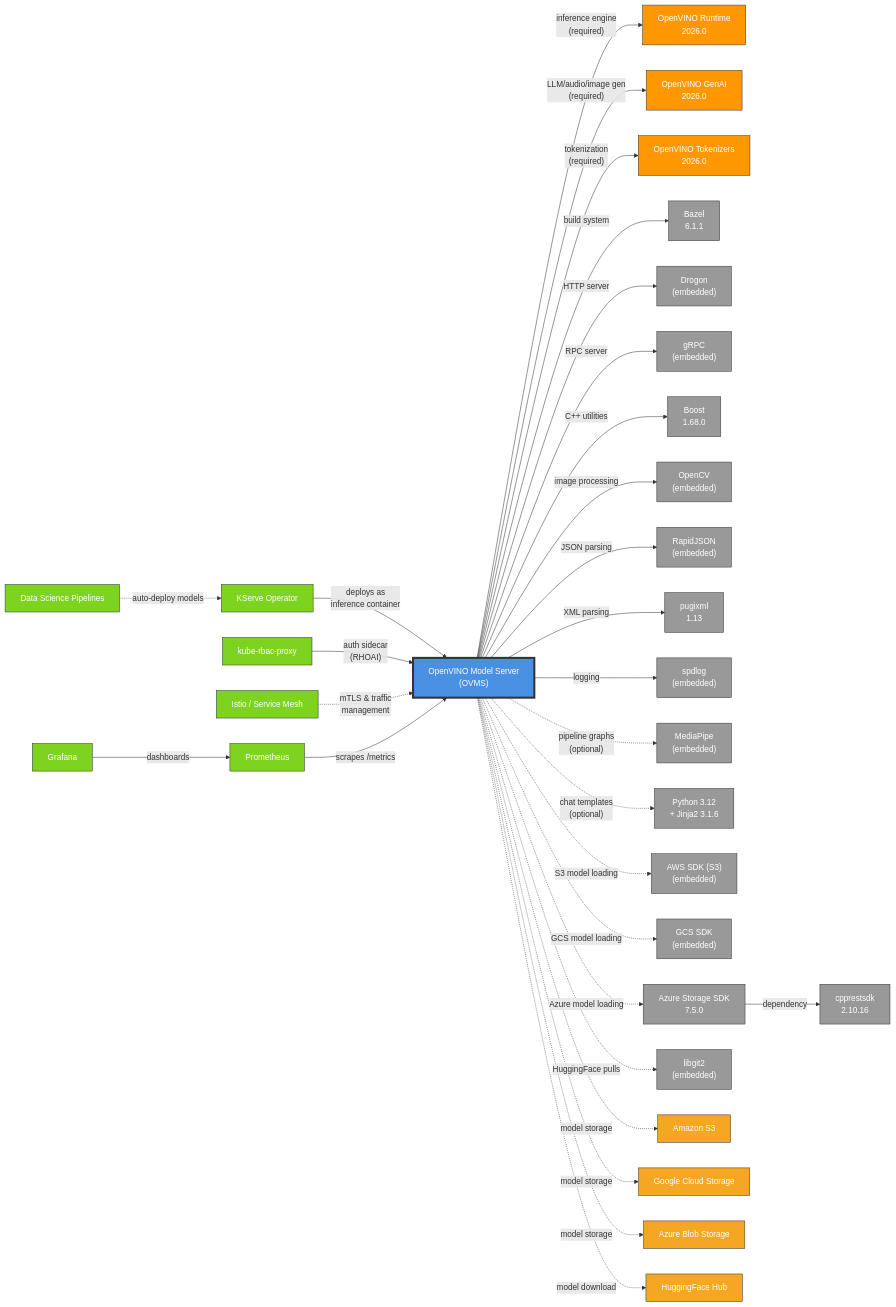
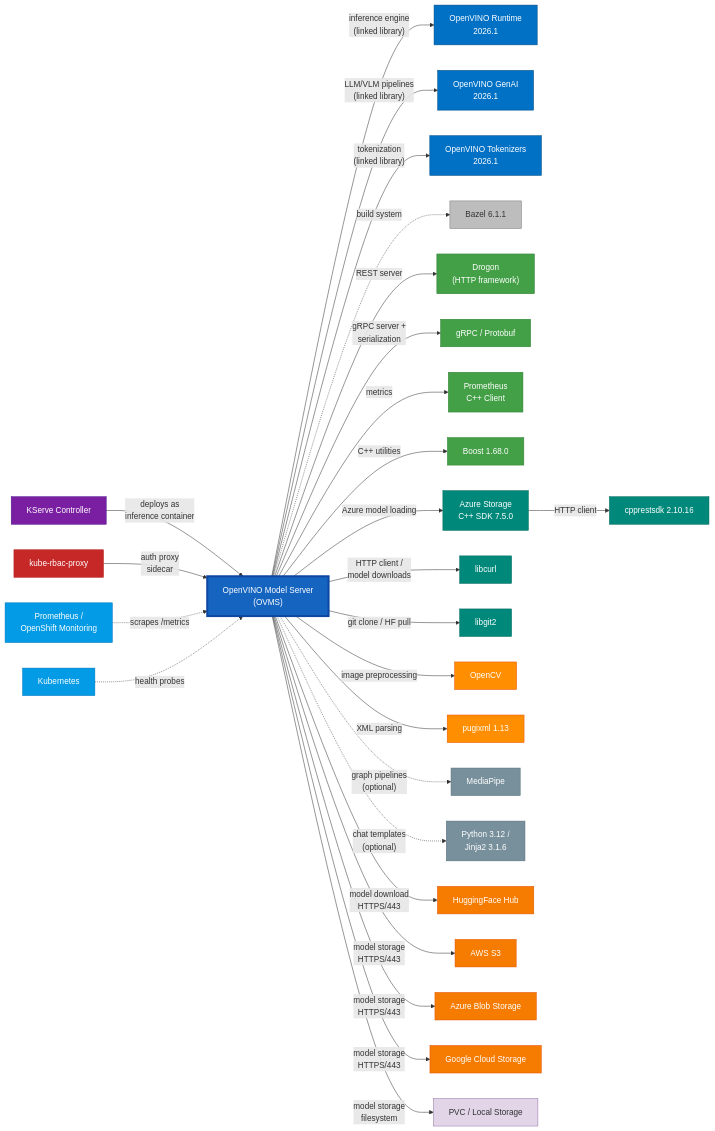
The diagram in architecture/rhoai.next/diagrams/openvino_model_server-dependencies.mmd (rhuss/architecture-context), drawn with Mermaid before and after one commit. The commit also changed 1834 other files, not shown here.

Commit message:
regenerate architecture for rhoai.next and rhoai-3.4 (#20)

```diff
--- a/architecture/rhoai.next/diagrams/openvino_model_server-dependencies.mmd
+++ b/architecture/rhoai.next/diagrams/openvino_model_server-dependencies.mmd
@@ -1,85 +1,111 @@
 graph LR
     OVMS["OpenVINO Model Server<br/>(OVMS)"]
 
-    %% Core Runtime Dependencies (Required)
-    OVMS -->|"inference engine<br/>(required)"| OpenVINORT["OpenVINO Runtime<br/>2026.0"]
-    OVMS -->|"LLM/audio/image gen<br/>(required)"| OpenVINOGenAI["OpenVINO GenAI<br/>2026.0"]
-    OVMS -->|"tokenization<br/>(required)"| OpenVINOTokenizers["OpenVINO Tokenizers<br/>2026.0"]
+    %% ═══════════════════════════════════════════
+    %% Runtime Libraries (linked, critical)
+    %% ═══════════════════════════════════════════
+    OVMS -->|"inference engine<br/>(linked library)"| OVRuntime["OpenVINO Runtime<br/>2026.1"]
+    OVMS -->|"LLM/VLM pipelines<br/>(linked library)"| OVGenAI["OpenVINO GenAI<br/>2026.1"]
+    OVMS -->|"tokenization<br/>(linked library)"| OVTokenizers["OpenVINO Tokenizers<br/>2026.1"]
 
+    %% ═══════════════════════════════════════════
     %% Build Dependencies
-    OVMS -->|"build system"| Bazel["Bazel<br/>6.1.1"]
+    %% ═══════════════════════════════════════════
+    OVMS -.->|"build system"| Bazel["Bazel 6.1.1"]
 
-    %% Server Framework Dependencies (Required)
-    OVMS -->|"HTTP server"| Drogon["Drogon<br/>(embedded)"]
-    OVMS -->|"RPC server"| GRPC["gRPC<br/>(embedded)"]
-    OVMS -->|"C++ utilities"| Boost["Boost<br/>1.68.0"]
-    OVMS -->|"image processing"| OpenCV["OpenCV<br/>(embedded)"]
-    OVMS -->|"JSON parsing"| RapidJSON["RapidJSON<br/>(embedded)"]
-    OVMS -->|"XML parsing"| pugixml["pugixml<br/>1.13"]
-    OVMS -->|"logging"| spdlog["spdlog<br/>(embedded)"]
+    %% ═══════════════════════════════════════════
+    %% Server Framework Dependencies
+    %% ═══════════════════════════════════════════
+    OVMS -->|"REST server"| Drogon["Drogon<br/>(HTTP framework)"]
+    OVMS -->|"gRPC server +<br/>serialization"| GRPC["gRPC / Protobuf"]
+    OVMS -->|"metrics"| PromClient["Prometheus<br/>C++ Client"]
+    OVMS -->|"C++ utilities"| Boost["Boost 1.68.0"]
 
+    %% ═══════════════════════════════════════════
+    %% Storage / Network Client Dependencies
+    %% ═══════════════════════════════════════════
+    OVMS -->|"Azure model loading"| AzureSDK["Azure Storage<br/>C++ SDK 7.5.0"]
+    AzureSDK -->|"HTTP client"| CPPRest["cpprestsdk 2.10.16"]
+    OVMS -->|"HTTP client /<br/>model downloads"| Libcurl["libcurl"]
+    OVMS -->|"git clone / HF pull"| Libgit2["libgit2"]
+
+    %% ═══════════════════════════════════════════
+    %% Processing Dependencies
+    %% ═══════════════════════════════════════════
+    OVMS -->|"image preprocessing"| OpenCV["OpenCV"]
+    OVMS -->|"XML parsing"| Pugixml["pugixml 1.13"]
+
+    %% ═══════════════════════════════════════════
     %% Optional Dependencies
-    OVMS -.->|"pipeline graphs<br/>(optional)"| MediaPipe["MediaPipe<br/>(embedded)"]
-    OVMS -.->|"chat templates<br/>(optional)"| Python["Python 3.12<br/>+ Jinja2 3.1.6"]
+    %% ═══════════════════════════════════════════
+    OVMS -.->|"graph pipelines<br/>(optional)"| MediaPipe["MediaPipe"]
+    OVMS -.->|"chat templates<br/>(optional)"| Python["Python 3.12 /<br/>Jinja2 3.1.6"]
 
-    %% Cloud Storage Dependencies (Optional)
-    OVMS -.->|"S3 model loading"| AWSSDK["AWS SDK (S3)<br/>(embedded)"]
-    OVMS -.->|"GCS model loading"| GCSSDK["GCS SDK<br/>(embedded)"]
-    OVMS -.->|"Azure model loading"| AzureSDK["Azure Storage SDK<br/>7.5.0"]
-    AzureSDK -->|"dependency"| cpprestsdk["cpprestsdk<br/>2.10.16"]
-    OVMS -.->|"HuggingFace pulls"| libgit2["libgit2<br/>(embedded)"]
+    %% ═══════════════════════════════════════════
+    %% Internal Platform Dependencies
+    %% ═══════════════════════════════════════════
+    KServe["KServe Controller"] -->|"deploys as<br/>inference container"| OVMS
+    KRBP["kube-rbac-proxy"] -->|"auth proxy<br/>sidecar"| OVMS
 
-    %% Internal Platform Dependencies
-    KServe["KServe Operator"] -->|"deploys as<br/>inference container"| OVMS
-    KubeRBACProxy["kube-rbac-proxy"] -->|"auth sidecar<br/>(RHOAI)"| OVMS
-    Istio["Istio / Service Mesh"] -.->|"mTLS & traffic<br/>management"| OVMS
+    %% ═══════════════════════════════════════════
+    %% External Service Dependencies (Egress)
+    %% ═══════════════════════════════════════════
+    OVMS -->|"model download<br/>HTTPS/443"| HFHub["HuggingFace Hub"]
+    OVMS -->|"model storage<br/>HTTPS/443"| S3["AWS S3"]
+    OVMS -->|"model storage<br/>HTTPS/443"| AzureBlob["Azure Blob Storage"]
+    OVMS -->|"model storage<br/>HTTPS/443"| GCS["Google Cloud Storage"]
+    OVMS -->|"model storage<br/>filesystem"| PVC["PVC / Local Storage"]
 
-    %% Integration Points (consumers)
-    Prometheus["Prometheus"] -->|"scrapes /metrics"| OVMS
-    Grafana["Grafana"] -->|"dashboards"| Prometheus
-    DSPipelines["Data Science Pipelines"] -.->|"auto-deploy models"| KServe
+    %% ═══════════════════════════════════════════
+    %% Platform Integrations (Inbound)
+    %% ═══════════════════════════════════════════
+    Prometheus["Prometheus /<br/>OpenShift Monitoring"] -.->|"scrapes /metrics"| OVMS
+    K8s["Kubernetes"] -.->|"health probes"| OVMS
 
-    %% External Services
-    OVMS -.->|"model storage"| S3["Amazon S3"]
-    OVMS -.->|"model storage"| GCS["Google Cloud Storage"]
-    OVMS -.->|"model storage"| AzureBlob["Azure Blob Storage"]
-    OVMS -.->|"model download"| HuggingFace["HuggingFace Hub"]
+    %% ═══════════════════════════════════════════
+    %% Styling
+    %% ═══════════════════════════════════════════
+    style OVMS fill:#1565c0,stroke:#0d47a1,stroke-width:4px,color:#fff
 
-    %% Styling
-    style OVMS fill:#4a90e2,stroke:#333,stroke-width:4px,color:#fff
+    %% Intel runtime libraries - blue
+    style OVRuntime fill:#0071c5,stroke:#004a80,color:#fff
+    style OVGenAI fill:#0071c5,stroke:#004a80,color:#fff
+    style OVTokenizers fill:#0071c5,stroke:#004a80,color:#fff
 
-    %% Core runtime (orange)
-    style OpenVINORT fill:#ff9800,stroke:#333,color:#fff
-    style OpenVINOGenAI fill:#ff9800,stroke:#333,color:#fff
-    style OpenVINOTokenizers fill:#ff9800,stroke:#333,color:#fff
+    %% Server framework deps - green
+    style Drogon fill:#43a047,stroke:#2e7d32,color:#fff
+    style GRPC fill:#43a047,stroke:#2e7d32,color:#fff
+    style PromClient fill:#43a047,stroke:#2e7d32,color:#fff
+    style Boost fill:#43a047,stroke:#2e7d32,color:#fff
 
-    %% Build/framework deps (gray)
-    style Bazel fill:#999,stroke:#333,color:#fff
-    style Drogon fill:#999,stroke:#333,color:#fff
-    style GRPC fill:#999,stroke:#333,color:#fff
-    style Boost fill:#999,stroke:#333,color:#fff
-    style OpenCV fill:#999,stroke:#333,color:#fff
-    style RapidJSON fill:#999,stroke:#333,color:#fff
-    style pugixml fill:#999,stroke:#333,color:#fff
-    style spdlog fill:#999,stroke:#333,color:#fff
-    style MediaPipe fill:#999,stroke:#333,color:#fff
-    style Python fill:#999,stroke:#333,color:#fff
-    style AWSSDK fill:#999,stroke:#333,color:#fff
-    style GCSSDK fill:#999,stroke:#333,color:#fff
-    style AzureSDK fill:#999,stroke:#333,color:#fff
-    style cpprestsdk fill:#999,stroke:#333,color:#fff
-    style libgit2 fill:#999,stroke:#333,color:#fff
+    %% Storage/network client deps - teal
+    style AzureSDK fill:#00897b,stroke:#00695c,color:#fff
+    style CPPRest fill:#00897b,stroke:#00695c,color:#fff
+    style Libcurl fill:#00897b,stroke:#00695c,color:#fff
+    style Libgit2 fill:#00897b,stroke:#00695c,color:#fff
 
-    %% Internal platform (green)
-    style KServe fill:#7ed321,stroke:#333,color:#fff
-    style KubeRBACProxy fill:#7ed321,stroke:#333,color:#fff
-    style Istio fill:#7ed321,stroke:#333,color:#fff
-    style Prometheus fill:#7ed321,stroke:#333,color:#fff
-    style Grafana fill:#7ed321,stroke:#333,color:#fff
-    style DSPipelines fill:#7ed321,stroke:#333,color:#fff
+    %% Processing deps - amber
+    style OpenCV fill:#ff8f00,stroke:#e65100,color:#fff
+    style Pugixml fill:#ff8f00,stroke:#e65100,color:#fff
 
-    %% External services (yellow)
-    style S3 fill:#f5a623,stroke:#333,color:#fff
-    style GCS fill:#f5a623,stroke:#333,color:#fff
-    style AzureBlob fill:#f5a623,stroke:#333,color:#fff
-    style HuggingFace fill:#f5a623,stroke:#333,color:#fff
+    %% Optional deps - grey dashed
+    style MediaPipe fill:#78909c,stroke:#546e7a,color:#fff
+    style Python fill:#78909c,stroke:#546e7a,color:#fff
+
+    %% Build deps
+    style Bazel fill:#bdbdbd,stroke:#757575,color:#333
+
+    %% Internal platform - purple
+    style KServe fill:#7b1fa2,stroke:#4a148c,color:#fff
+    style KRBP fill:#c62828,stroke:#b71c1c,color:#fff
+
+    %% External services - orange
+    style HFHub fill:#f57c00,stroke:#e65100,color:#fff
+    style S3 fill:#f57c00,stroke:#e65100,color:#fff
+    style AzureBlob fill:#f57c00,stroke:#e65100,color:#fff
+    style GCS fill:#f57c00,stroke:#e65100,color:#fff
+    style PVC fill:#e1d5e7,stroke:#9673a6
+
+    %% Monitoring - light blue
+    style Prometheus fill:#039be5,stroke:#0277bd,color:#fff
+    style K8s fill:#039be5,stroke:#0277bd,color:#fff
```
